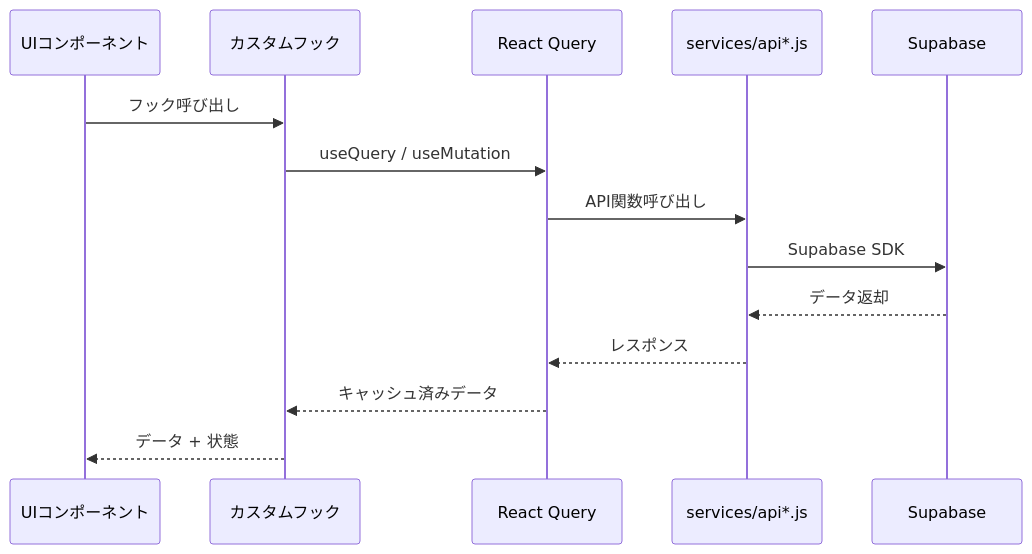
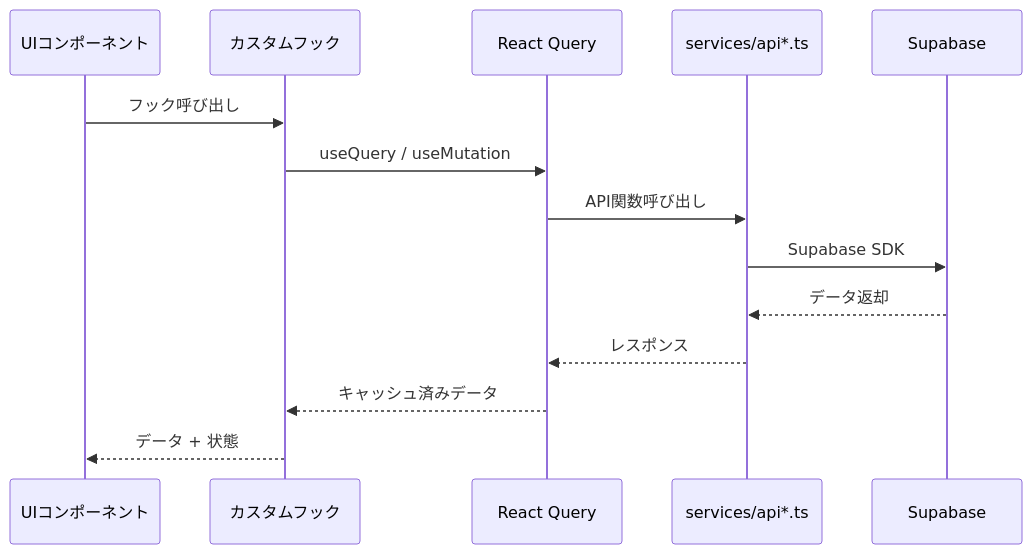
Before and after one commit to myoshi2891/The-Wild-Oasis-For-Admin: the third of 3 diagrams in docs/design.md, drawn with Mermaid. The commit also changed other lines of this file and 2 other files, not shown here.

````diff
--- a/docs/design.md
+++ b/docs/design.md
@@ -125,17 +136,17 @@
 ```mermaid
 sequenceDiagram
     participant UI as UIコンポーネント
     participant Hook as カスタムフック
     participant RQ as React Query
-    participant API as services/api*.js
+    participant API as services/api*.ts
     participant SB as Supabase
 
     UI->>Hook: フック呼び出し
     Hook->>RQ: useQuery / useMutation
     RQ->>API: API関数呼び出し
     API->>SB: Supabase SDK
     SB-->>API: データ返却
     API-->>RQ: レスポンス
     RQ-->>Hook: キャッシュ済みデータ
     Hook-->>UI: データ + 状態
 ```
````
